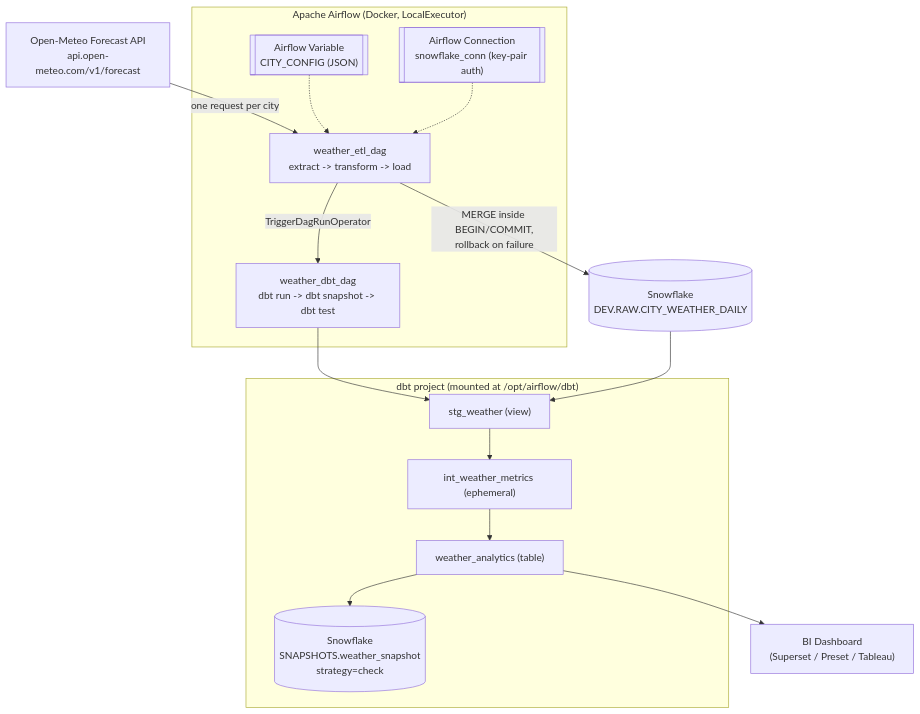
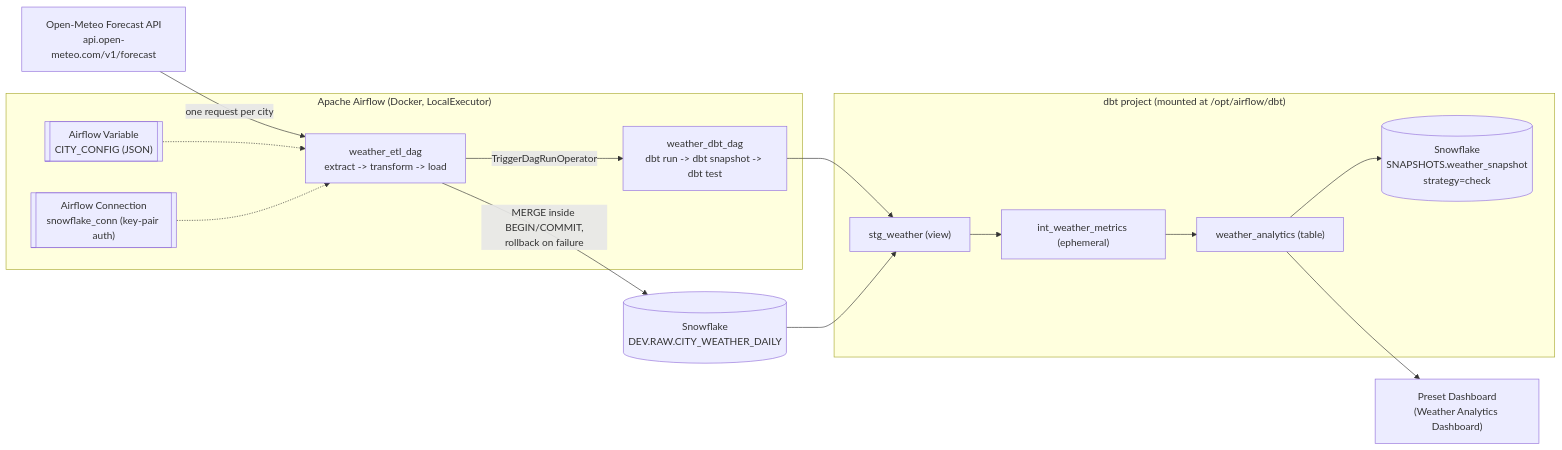
Before and after one commit to yunseoyunnieoh/data226-weather-analytics: the diagram in docs/architecture.md, drawn with Mermaid. The commit also changed other lines of this file and 5 other files, not shown here.

First line of the commit message:
Final submission cleanup: team info, rendered architecture diagram, expanded table structures, PDF report

````diff
--- a/docs/architecture.md
+++ b/docs/architecture.md
@@ -3,23 +3,23 @@
 ```mermaid
-flowchart TD
+flowchart LR
     A["Open-Meteo Forecast API\napi.open-meteo.com/v1/forecast"] -->|"one request per city"| B
 
     subgraph AF["Apache Airflow (Docker, LocalExecutor)"]
         B["weather_etl_dag\nextract -> transform -> load"]
         V[["Airflow Variable\nCITY_CONFIG (JSON)"]] -.-> B
         C[["Airflow Connection\nsnowflake_conn (key-pair auth)"]] -.-> B
         B -->|"TriggerDagRunOperator"| D["weather_dbt_dag\ndbt run -> dbt snapshot -> dbt test"]
     end
 
     B -->|"MERGE inside BEGIN/COMMIT,\nrollback on failure"| E[("Snowflake\nDEV.RAW.CITY_WEATHER_DAILY")]
 
     subgraph DBT["dbt project (mounted at /opt/airflow/dbt)"]
         D --> F["stg_weather (view)"]
         F --> G["int_weather_metrics (ephemeral)"]
         G --> H["weather_analytics (table)"]
         H --> I[("Snowflake\nSNAPSHOTS.weather_snapshot\nstrategy=check")]
     end
 
     E --> F
-    H --> J["BI Dashboard\n(Superset / Preset / Tableau)"]
+    H --> J["Preset Dashboard\n(Weather Analytics Dashboard)"]
 ```
````
